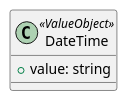
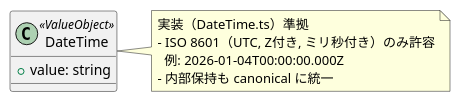
The diagram in src/Domain/models/shared/DateTime/DateTime.pu (misdo-tabeyo/funny-reservation), drawn with PlantUML before and after one commit. The commit also changed 7 other files, not shown here.

Commit message:
docs: ドメインモデル図を実装に合わせて更新

```diff
--- a/src/Domain/models/shared/DateTime/DateTime.pu
+++ b/src/Domain/models/shared/DateTime/DateTime.pu
@@ -1,5 +1,12 @@
 @startuml DateTime
 class "DateTime" as DateTime <<ValueObject>> {
   + value: string
 }
+
+note right of DateTime
+  実装（DateTime.ts）準拠
+  - ISO 8601（UTC, Z付き, ミリ秒付き）のみ許容
+    例: 2026-01-04T00:00:00.000Z
+  - 内部保持も canonical に統一
+end note
 @enduml
```
